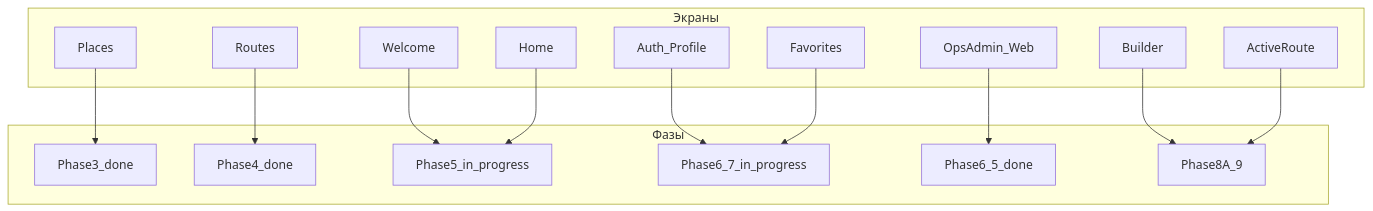
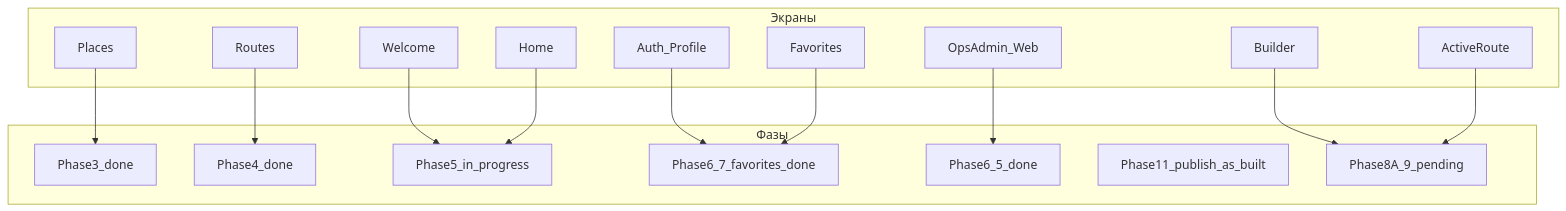
The fifth of 6 diagrams in docs/diagrams/phase-and-screens-map.md (xotabeach/tourism-platform), drawn with Mermaid before and after one commit. The commit also changed other lines of this file and 13 other files, not shown here.

````diff
--- a/docs/diagrams/phase-and-screens-map.md
+++ b/docs/diagrams/phase-and-screens-map.md
@@ -182,33 +183,34 @@
 ```mermaid
 flowchart TB
   subgraph screens [Экраны]
     S_welcome[Welcome]
     S_home[Home]
     S_places[Places]
     S_routes[Routes]
     S_auth[Auth_Profile]
     S_fav[Favorites]
     S_builder[Builder]
     S_run[ActiveRoute]
     S_ops[OpsAdmin_Web]
   end
 
   subgraph phases [Фазы]
     Ph3[Phase3_done]
     Ph4[Phase4_done]
     Ph5[Phase5_in_progress]
-    Ph6_7[Phase6_7_in_progress]
+    Ph6_7[Phase6_7_favorites_done]
     Ph65[Phase6_5_done]
-    Ph8_9[Phase8A_9]
+    Ph11[Phase11_publish_as_built]
+    Ph8_9[Phase8A_9_pending]
   end
 
   S_places --> Ph3
   S_routes --> Ph4
   S_welcome --> Ph5
   S_home --> Ph5
   S_auth --> Ph6_7
   S_fav --> Ph6_7
   S_ops --> Ph65
   S_builder --> Ph8_9
   S_run --> Ph8_9
 ```
````
